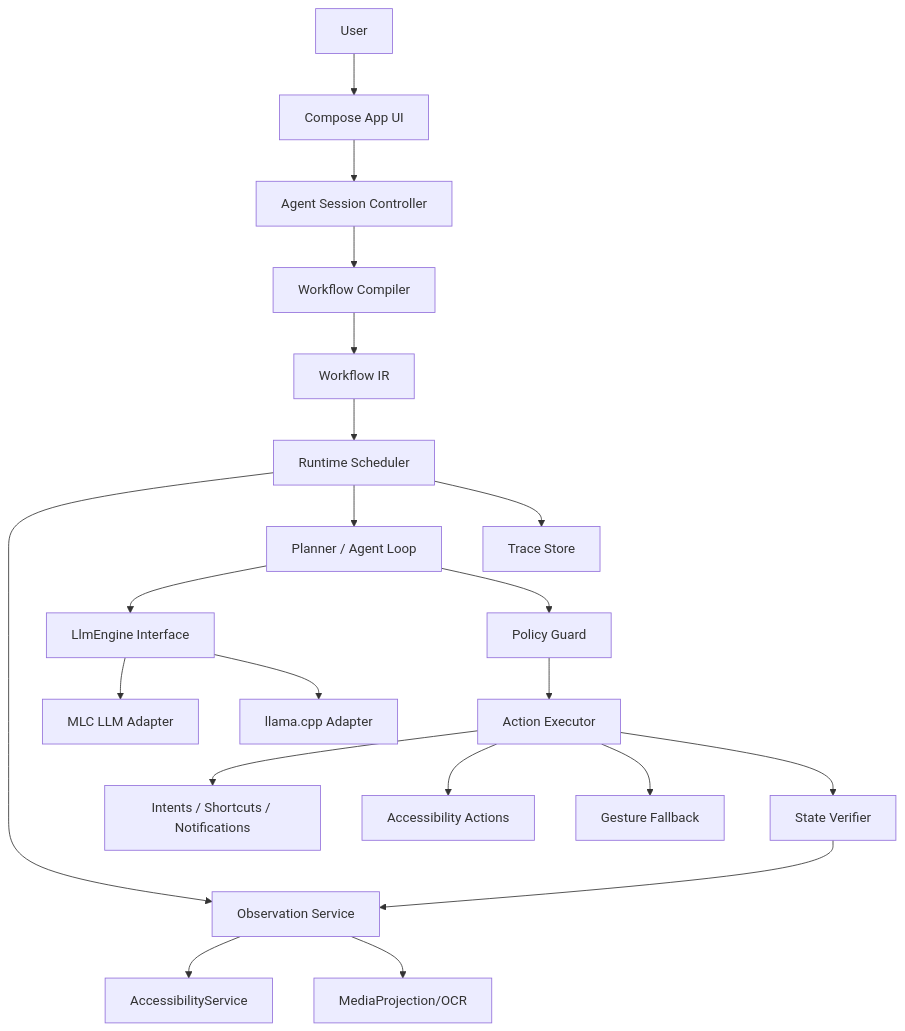
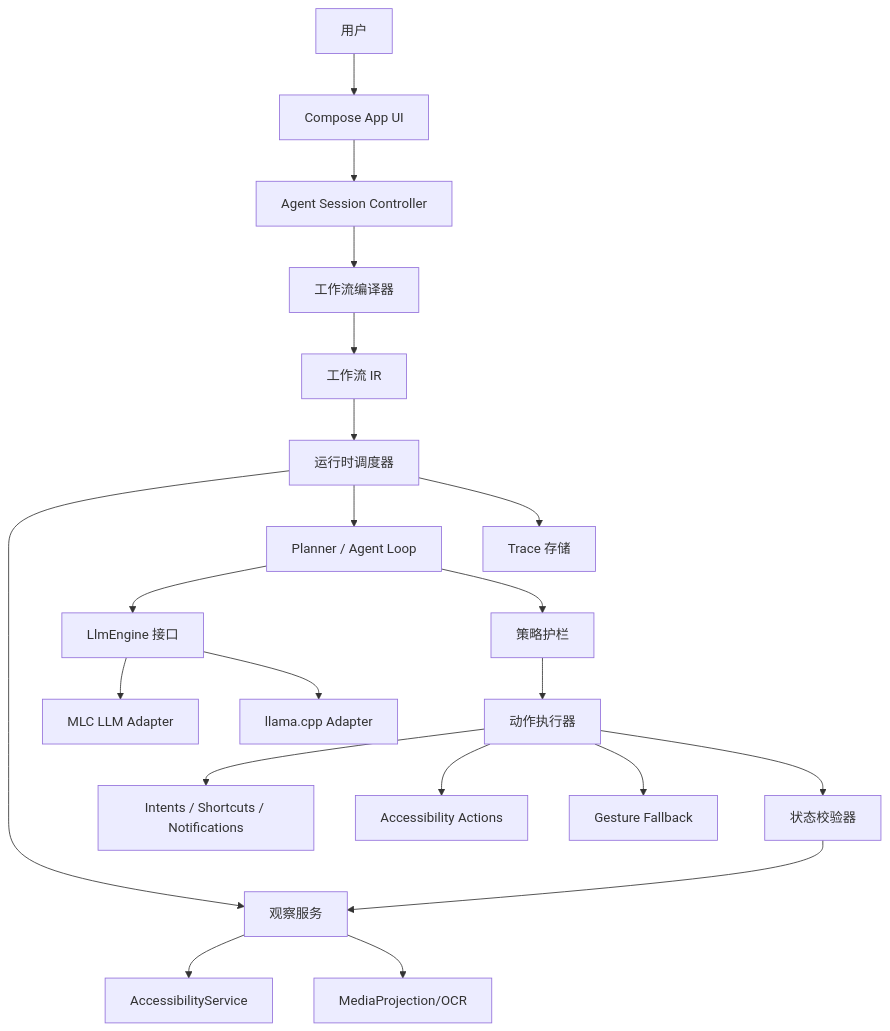
The first of 2 diagrams in docs/architecture.md (KDZZZZZZ/droid-loom), drawn with Mermaid before and after one commit. The commit also changed other lines of this file and 6 other files, not shown here.

````diff
--- a/docs/architecture.md
+++ b/docs/architecture.md
@@ -14,27 +14,27 @@
 ```mermaid
 flowchart TD
-    User[User] --> UI[Compose App UI]
+    User[用户] --> UI[Compose App UI]
     UI --> Session[Agent Session Controller]
-    Session --> Compiler[Workflow Compiler]
-    Compiler --> IR[Workflow IR]
-    IR --> Scheduler[Runtime Scheduler]
+    Session --> Compiler[工作流编译器]
+    Compiler --> IR[工作流 IR]
+    IR --> Scheduler[运行时调度器]
 
-    Scheduler --> Observer[Observation Service]
+    Scheduler --> Observer[观察服务]
     Observer --> A11y[AccessibilityService]
     Observer --> Capture[MediaProjection/OCR]
 
     Scheduler --> Planner[Planner / Agent Loop]
-    Planner --> LLM[LlmEngine Interface]
+    Planner --> LLM[LlmEngine 接口]
     LLM --> MLC[MLC LLM Adapter]
     LLM --> LLAMA[llama.cpp Adapter]
 
-    Planner --> Guard[Policy Guard]
-    Guard --> Executor[Action Executor]
+    Planner --> Guard[策略护栏]
+    Guard --> Executor[动作执行器]
     Executor --> AndroidAPI[Intents / Shortcuts / Notifications]
     Executor --> A11yAction[Accessibility Actions]
     Executor --> Gestures[Gesture Fallback]
 
-    Executor --> Verifier[State Verifier]
+    Executor --> Verifier[状态校验器]
     Verifier --> Observer
-    Scheduler --> Trace[Trace Store]
+    Scheduler --> Trace[Trace 存储]
 ```
````
